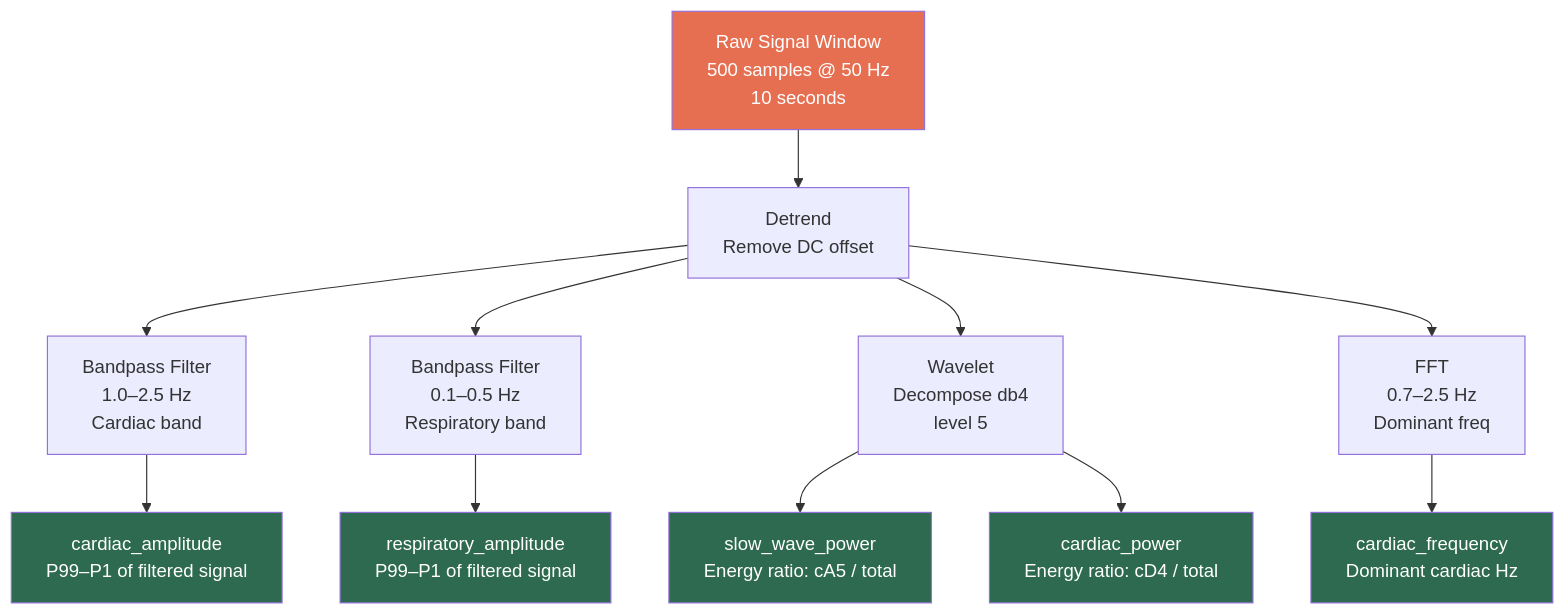
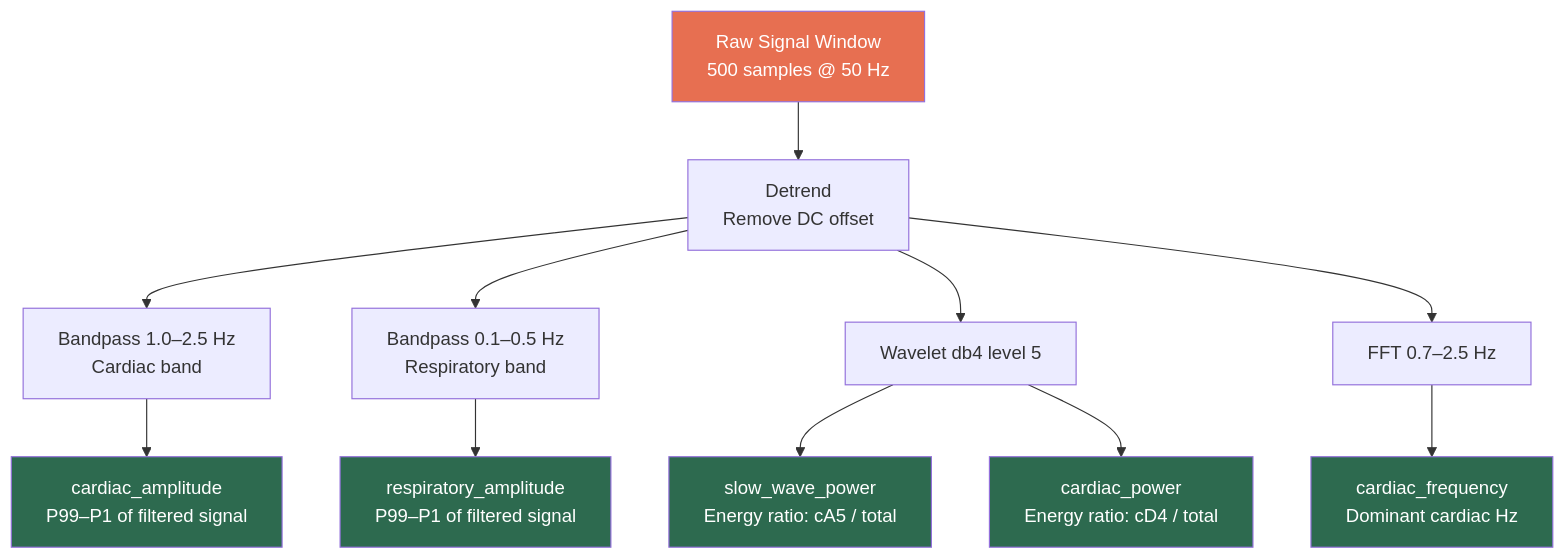
One commit to eshaansingla/Pran changed the second of 4 diagrams in README.md. Above: the diagram before and after it, drawn with Mermaid. The commit also changed other lines of this file and 2 other files, not shown here.

````diff
--- a/README.md
+++ b/README.md
@@ -148,22 +113,20 @@
 ```mermaid
 graph TD
-    Raw["Raw Signal Window\n500 samples @ 50 Hz\n10 seconds"] --> Detrend["Detrend\nRemove DC offset"]
-
-    Detrend --> Card["Bandpass Filter\n1.0–2.5 Hz\nCardiac band"]
-    Detrend --> Resp["Bandpass Filter\n0.1–0.5 Hz\nRespiratory band"]
-    Detrend --> Wave["Wavelet\nDecompose db4\nlevel 5"]
-    Detrend --> FFT["FFT\n0.7–2.5 Hz\nDominant freq"]
-
+    Raw["Raw Signal Window\n500 samples @ 50 Hz"] --> Detrend["Detrend\nRemove DC offset"]
+    Detrend --> Card["Bandpass 1.0–2.5 Hz\nCardiac band"]
+    Detrend --> Resp["Bandpass 0.1–0.5 Hz\nRespiratory band"]
+    Detrend --> Wave["Wavelet db4 level 5"]
+    Detrend --> FFT["FFT 0.7–2.5 Hz"]
     Card --> F1["cardiac_amplitude\nP99–P1 of filtered signal"]
     FFT  --> F2["cardiac_frequency\nDominant cardiac Hz"]
     Resp --> F3["respiratory_amplitude\nP99–P1 of filtered signal"]
     Wave --> F4["slow_wave_power\nEnergy ratio: cA5 / total"]
     Wave --> F5["cardiac_power\nEnergy ratio: cD4 / total"]
 
     style Raw fill:#e76f51,color:#fff
     style F1 fill:#2d6a4f,color:#fff
     style F2 fill:#2d6a4f,color:#fff
     style F3 fill:#2d6a4f,color:#fff
     style F4 fill:#2d6a4f,color:#fff
     style F5 fill:#2d6a4f,color:#fff
 ```
````
